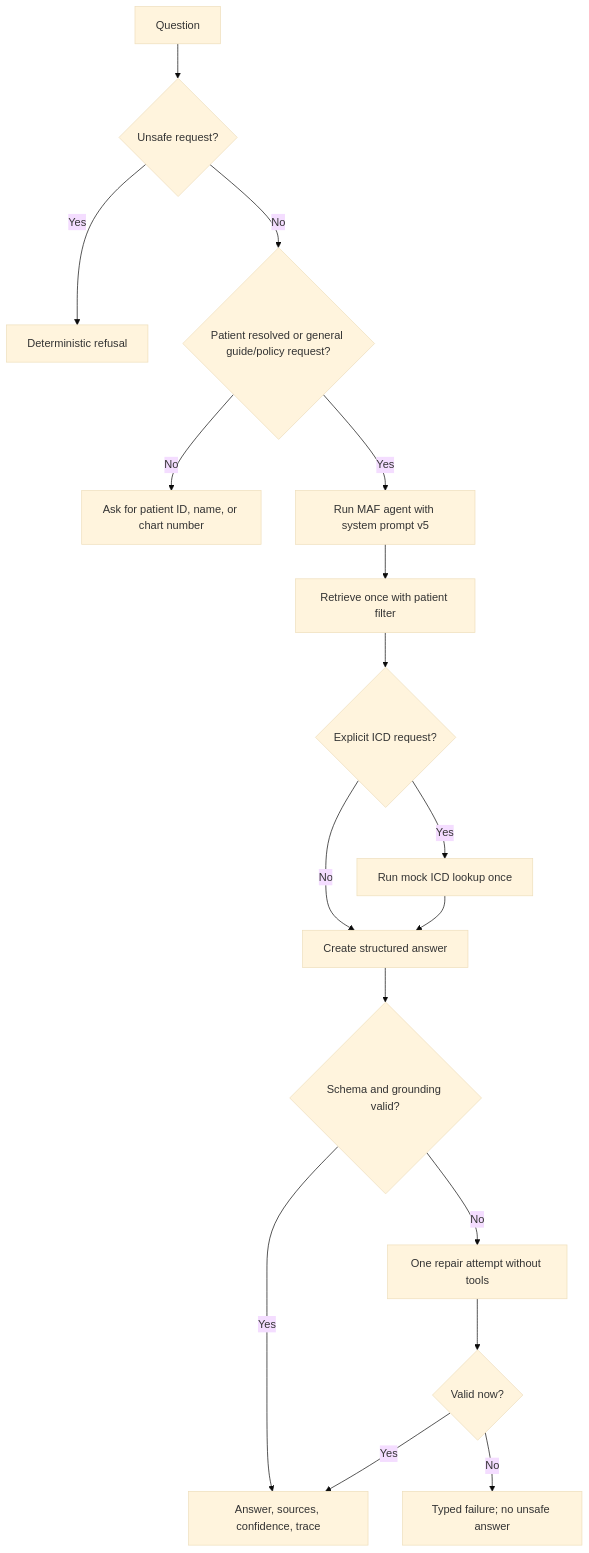
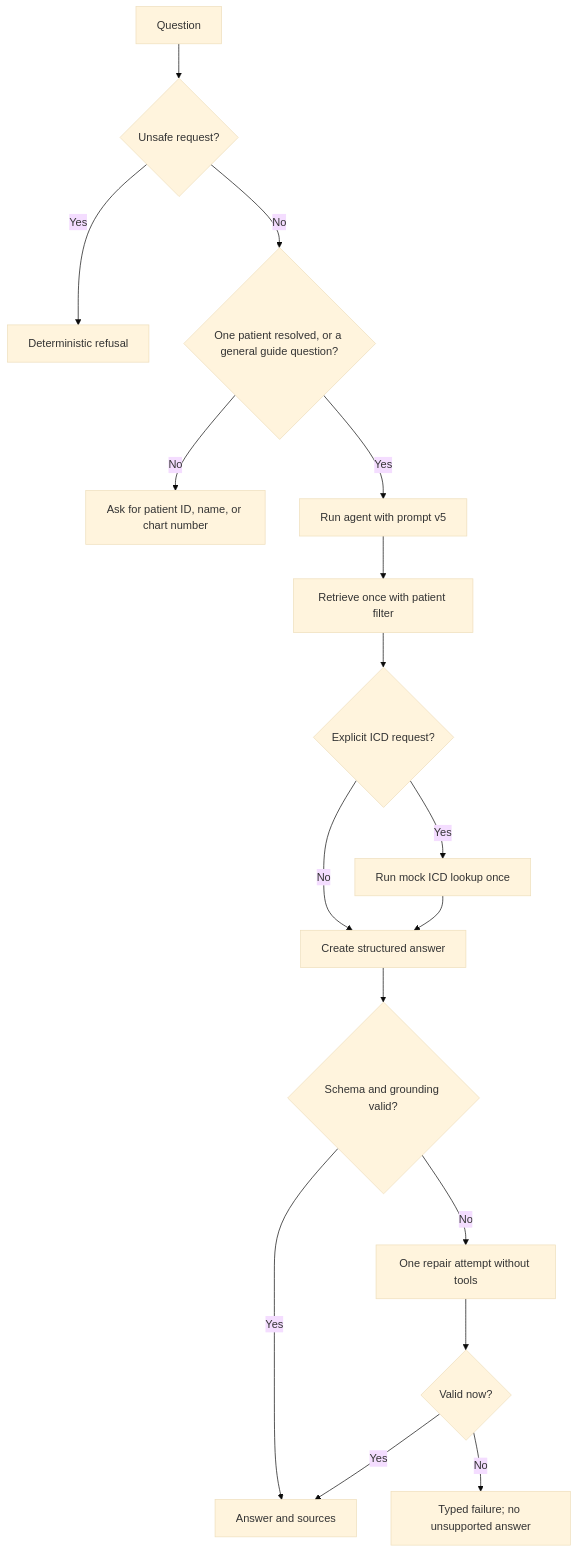
One commit to hritthik-work/ChartAssistant changed the second of 2 diagrams in README.md. Above: the diagram before and after it, drawn with Mermaid (base theme). The commit also changed other lines of this file and 8 other files, not shown here.

First line of the commit message:
release: prepare Chart Assistant v1.0.1 (#3)

````diff
--- a/README.md
+++ b/README.md
@@ -70,19 +134,19 @@
 ```mermaid
 flowchart TD
-    Q["Question"] --> Safety{"Unsafe request?"}
-    Safety -- Yes --> Refuse["Deterministic refusal"]
-    Safety -- No --> Patient{"Patient resolved or general guide/policy request?"}
+    Q["Question"] --> Safe{"Unsafe request?"}
+    Safe -- Yes --> Refuse["Deterministic refusal"]
+    Safe -- No --> Patient{"One patient resolved, or a general guide question?"}
     Patient -- No --> Clarify["Ask for patient ID, name, or chart number"]
-    Patient -- Yes --> Agent["Run MAF agent with system prompt v5"]
+    Patient -- Yes --> Agent["Run agent with prompt v5"]
     Agent --> Retrieve["Retrieve once with patient filter"]
-    Retrieve --> Code{"Explicit ICD request?"}
-    Code -- Yes --> Lookup["Run mock ICD lookup once"]
-    Code -- No --> Draft["Create structured answer"]
+    Retrieve --> Tool{"Explicit ICD request?"}
+    Tool -- Yes --> Lookup["Run mock ICD lookup once"]
+    Tool -- No --> Draft["Create structured answer"]
     Lookup --> Draft
     Draft --> Valid{"Schema and grounding valid?"}
-    Valid -- Yes --> Answer["Answer, sources, confidence, trace"]
+    Valid -- Yes --> Answer["Answer and sources"]
     Valid -- No --> Repair["One repair attempt without tools"]
     Repair --> Recheck{"Valid now?"}
     Recheck -- Yes --> Answer
-    Recheck -- No --> Error["Typed failure; no unsafe answer"]
+    Recheck -- No --> Error["Typed failure; no unsupported answer"]
 ```
````
